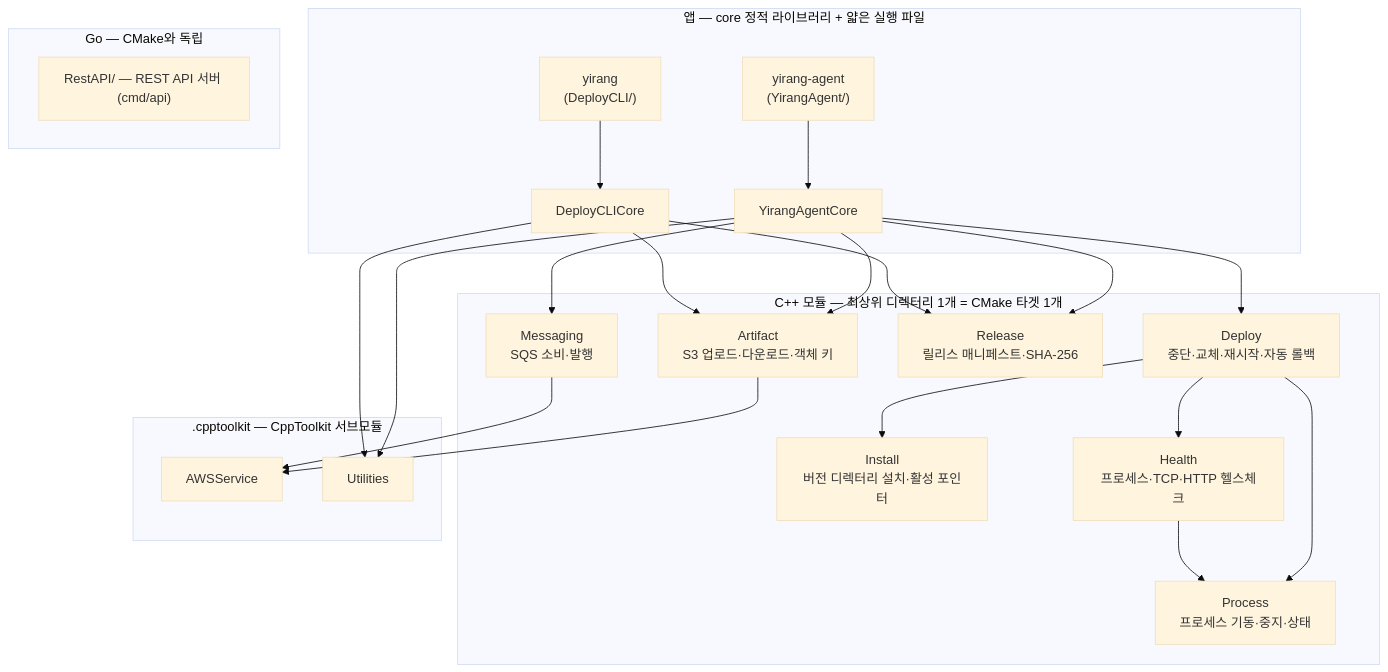
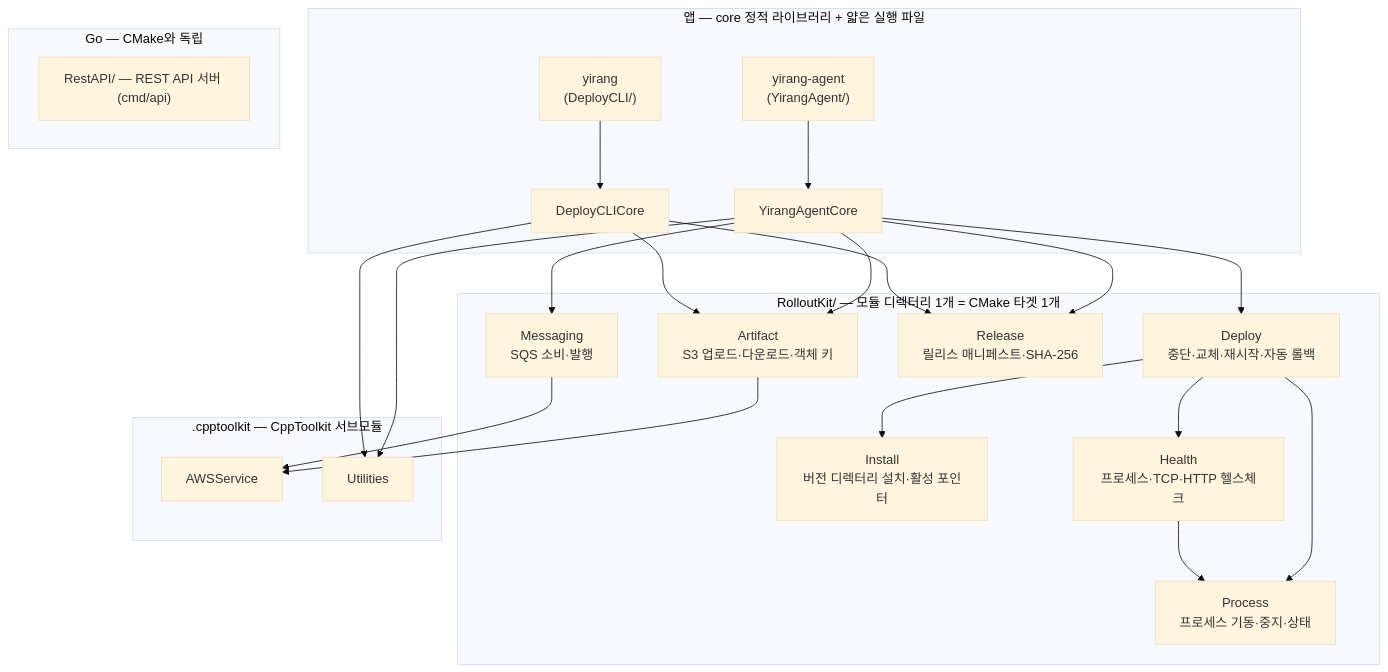
One commit to ngee044/yirang-rollout changed the third of 4 diagrams in README.md. Above: the diagram before and after it, drawn with Mermaid (base theme). The commit also changed other lines of this file and 45 other files, not shown here.

Commit message:
라이브러리 모듈을 RolloutKit/ 하위로 이동

````diff
--- a/README.md
+++ b/README.md
@@ -264,41 +264,41 @@
 ```mermaid
 flowchart TD
     subgraph apps["앱 — core 정적 라이브러리 + 얇은 실행 파일"]
         AgentExe["yirang-agent<br/>(YirangAgent/)"] --> AgentCore["YirangAgentCore"]
         CLIExe["yirang<br/>(DeployCLI/)"] --> CLICore["DeployCLICore"]
     end
 
-    subgraph libs["C++ 모듈 — 최상위 디렉터리 1개 = CMake 타겟 1개"]
+    subgraph libs["RolloutKit/ — 모듈 디렉터리 1개 = CMake 타겟 1개"]
         Artifact["Artifact<br/>S3 업로드·다운로드·객체 키"]
         Messaging["Messaging<br/>SQS 소비·발행"]
         Release["Release<br/>릴리스 매니페스트·SHA-256"]
         Install["Install<br/>버전 디렉터리 설치·활성 포인터"]
         Deploy["Deploy<br/>중단·교체·재시작·자동 롤백"]
         Process["Process<br/>프로세스 기동·중지·상태"]
         Health["Health<br/>프로세스·TCP·HTTP 헬스체크"]
     end
 
     subgraph toolkit[".cpptoolkit — CppToolkit 서브모듈"]
         AWSService["AWSService"]
         Utilities["Utilities"]
     end
 
     subgraph goapp["Go — CMake와 독립"]
         RestAPI["RestAPI/ — REST API 서버 (cmd/api)"]
     end
 
     AgentCore --> Artifact
     AgentCore --> Messaging
     AgentCore --> Release
     AgentCore --> Deploy
     AgentCore --> Utilities
     CLICore --> Artifact
     CLICore --> Release
     CLICore --> Utilities
     Deploy --> Install
     Deploy --> Process
     Deploy --> Health
     Artifact --> AWSService
     Messaging --> AWSService
     Health --> Process
 ```
````
